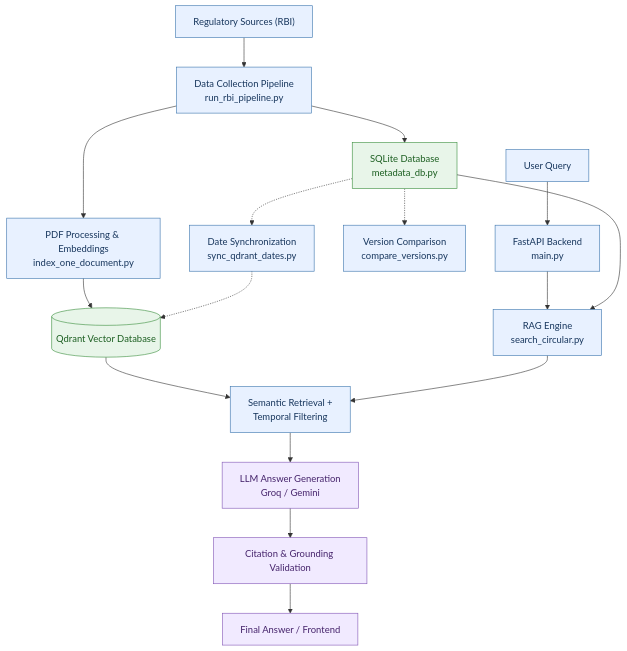
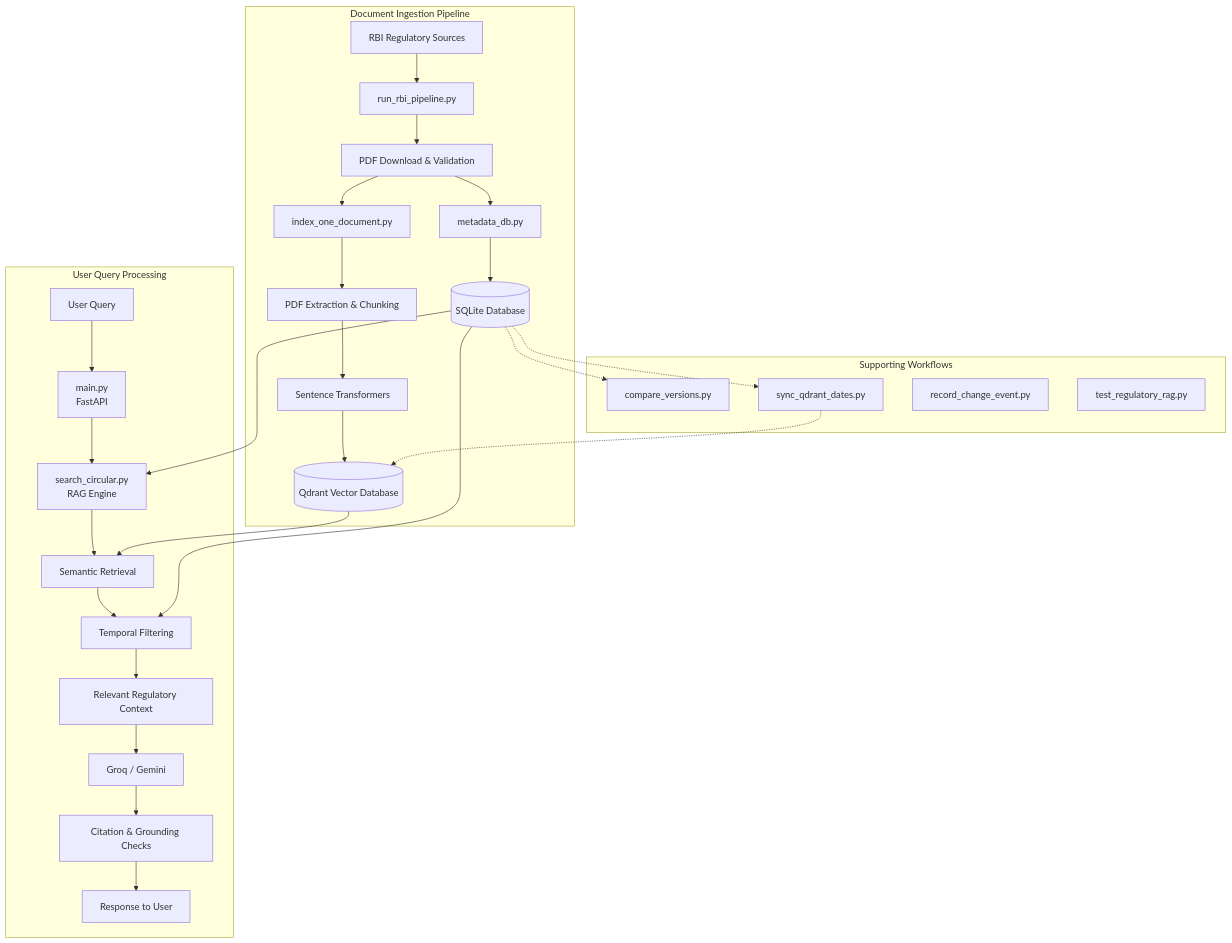
One commit to Atharv19905/regulatory-intelligence-rag changed the diagram in README.md. Above: the diagram before and after it, drawn with Mermaid. The commit also changed other lines of this file, not shown here.

````diff
--- a/README.md
+++ b/README.md
@@ -119,40 +121,47 @@
 ```mermaid
 flowchart TD
-    A["Regulatory Sources (RBI)"]
-    B["Data Collection Pipeline<br/>run_rbi_pipeline.py"]
-    C["SQLite Database<br/>metadata_db.py"]
-    D["PDF Processing & Embeddings<br/>index_one_document.py"]
-    E[("Qdrant Vector Database")]
-    
-    F["User Query"]
-    G["FastAPI Backend<br/>main.py"]
-    H["RAG Engine<br/>search_circular.py"]
-    I["Semantic Retrieval +<br/>Temporal Filtering"]
-    J["LLM Answer Generation<br/>Groq / Gemini"]
-    K["Citation & Grounding Validation"]
-    L["Final Answer / Frontend"]
+    A["RBI Regulatory Sources"]
 
-    A --> B --> C
-    B --> D --> E
+    subgraph INGESTION["Document Ingestion Pipeline"]
+        B["run_rbi_pipeline.py"]
+        C["PDF Download & Validation"]
+        D["metadata_db.py"]
+        E[("SQLite Database")]
+        F["index_one_document.py"]
+        G["PDF Extraction & Chunking"]
+        H["Sentence Transformers"]
+        I[("Qdrant Vector Database")]
 
-    F --> G --> H
-    C --> H
-    E --> I
-    H --> I
-    I --> J --> K --> L
+        A --> B --> C --> D --> E
+        C --> F --> G --> H --> I
+    end
 
-    M["Version Comparison<br/>compare_versions.py"]
-    N["Date Synchronization<br/>sync_qdrant_dates.py"]
+    subgraph QUERY["User Query Processing"]
+        J["User Query"]
+        K["main.py<br/>FastAPI"]
+        L["search_circular.py<br/>RAG Engine"]
+        M["Semantic Retrieval"]
+        N["Temporal Filtering"]
+        O["Relevant Regulatory Context"]
+        P["Groq / Gemini"]
+        Q["Citation & Grounding Checks"]
+        R["Response to User"]
 
-    C -.-> M
-    C -.-> N
-    N -.-> E
+        J --> K --> L --> M --> N --> O --> P --> Q --> R
+    end
 
-    classDef db fill:#e8f5e9,stroke:#388e3c,color:#1b5e20
-    classDef process fill:#e8f1ff,stroke:#3973ac,color:#17365d
-    classDef ai fill:#f1eaff,stroke:#8054b5,color:#45236b
+    E --> L
+    I --> M
+    E --> N
 
-    class C,E db
-    class A,B,D,F,G,H,I,M,N process
-    class J,K,L ai
+    subgraph SUPPORT["Supporting Workflows"]
+        S["compare_versions.py"]
+        T["sync_qdrant_dates.py"]
+        U["record_change_event.py"]
+        V["test_regulatory_rag.py"]
+    end
+
+    E -.-> S
+    E -.-> T
+    T -.-> I
 ```
````
